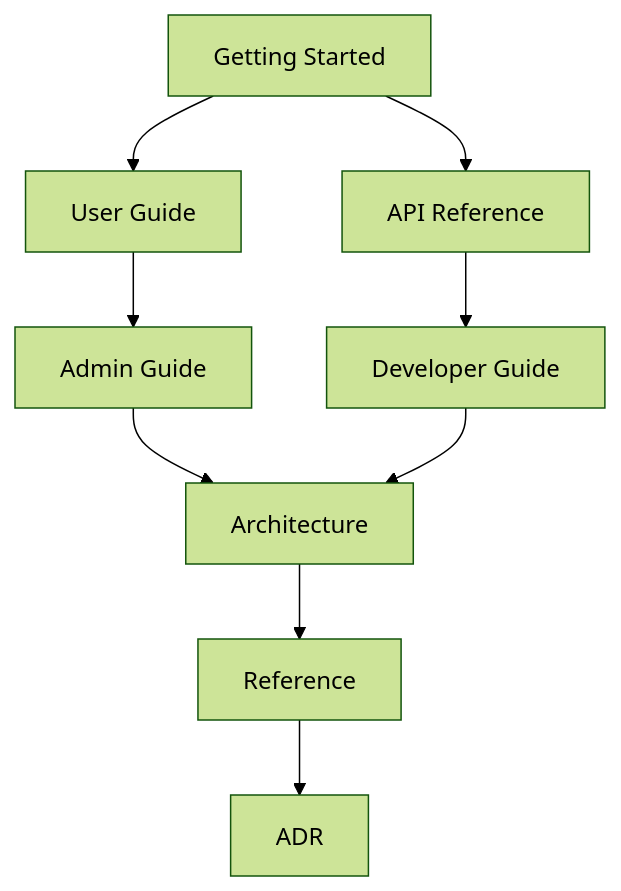
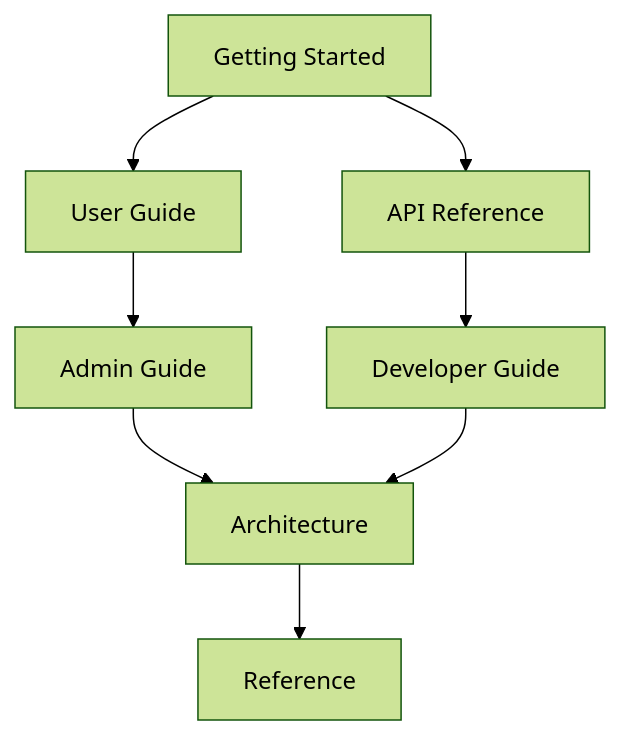
The diagram in docs/README.md (osakka/entitydb), drawn with Mermaid (forest theme) before and after one commit. The commit also changed other lines of this file and 13 other files, not shown here.

````diff
--- a/docs/README.md
+++ b/docs/README.md
@@ -43,11 +43,10 @@
 ```mermaid
 graph TD
     A[Getting Started] --> B[User Guide]
     A --> C[API Reference]
     B --> D[Admin Guide]
     C --> E[Developer Guide]
     D --> F[Architecture]
     E --> F
     F --> G[Reference]
-    G --> H[ADR]
 ```
````
